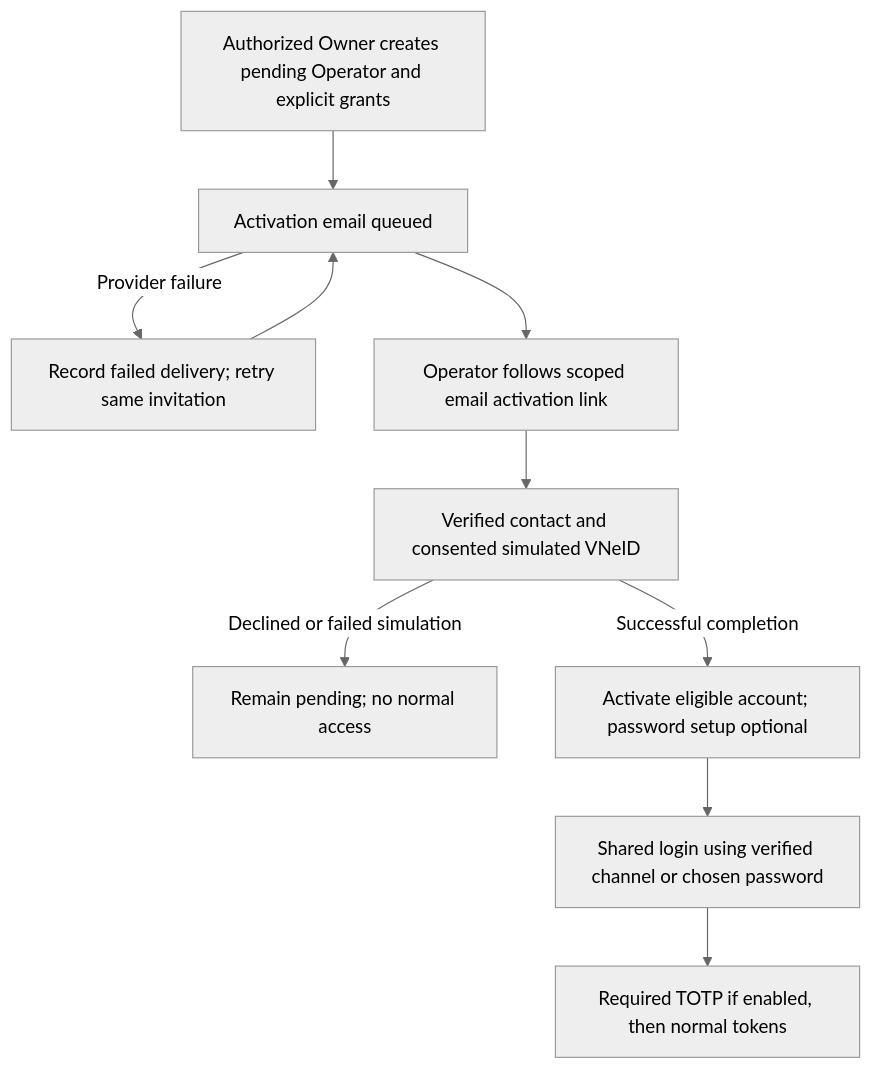
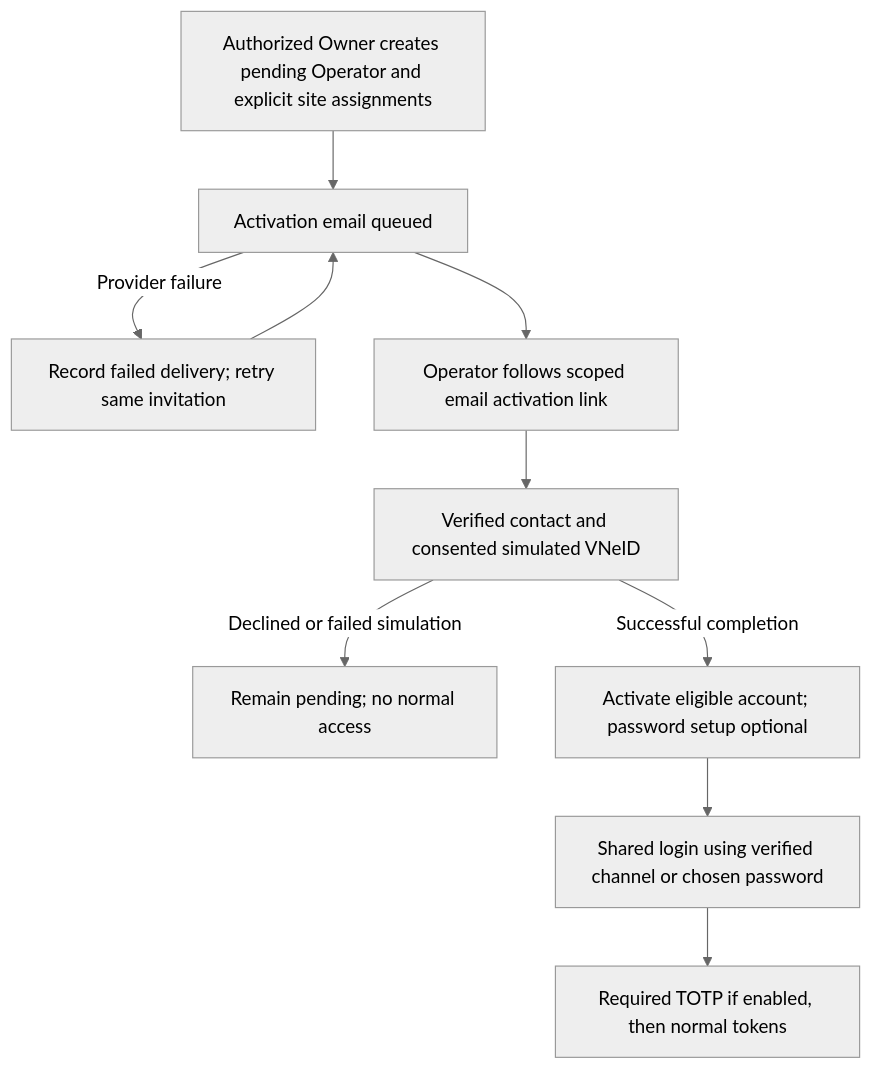
The diagram in docs/03-design/api/owner-create-operator-api-design.md (Quangthm/Mock-Project-Smart-Parking), drawn with Mermaid (neutral theme) before and after one commit. The commit also changed other lines of this file and 75 other files, not shown here.

````diff
--- a/docs/03-design/api/owner-create-operator-api-design.md
+++ b/docs/03-design/api/owner-create-operator-api-design.md
@@ -42,12 +41,12 @@
 ```mermaid
 flowchart TD
-    A[Authorized Owner creates pending Operator and explicit grants] --> B[Activation email queued]
+    A[Authorized Owner creates pending Operator and explicit site assignments] --> B[Activation email queued]
     B -->|Provider failure| C[Record failed delivery; retry same invitation]
     C --> B
     B --> D[Operator follows scoped email activation link]
     D --> E[Verified contact and consented simulated VNeID]
     E -->|Declined or failed simulation| F[Remain pending; no normal access]
     E -->|Successful completion| G[Activate eligible account; password setup optional]
     G --> H[Shared login using verified channel or chosen password]
     H --> I[Required TOTP if enabled, then normal tokens]
 ```
````
